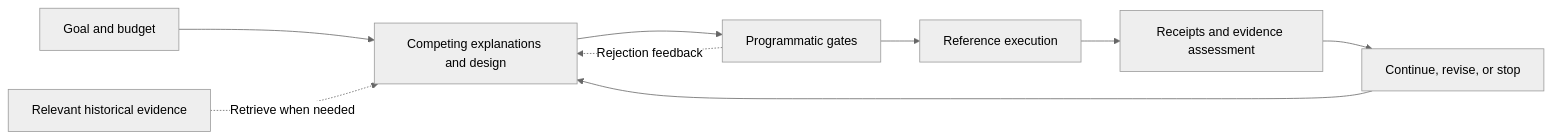
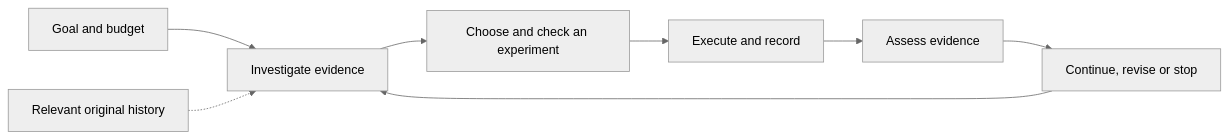
One commit to kongtou20070406/RDS changed the diagram in README.md. Above: the diagram before and after it, drawn with Mermaid (neutral theme). The commit also changed other lines of this file and 61 other files, not shown here.

````diff
--- a/README.md
+++ b/README.md
@@ -168,11 +131,10 @@
 ```mermaid
 flowchart LR
-    A[Goal and budget] --> B[Competing explanations and design]
-    H[Relevant historical evidence] -. Retrieve when needed .-> B
-    B --> C[Programmatic gates]
-    C --> D[Reference execution]
-    D --> E[Receipts and evidence assessment]
-    E --> F[Continue, revise, or stop]
+    A[Goal and budget] --> B[Investigate evidence]
+    B --> C[Choose and check an experiment]
+    C --> D[Execute and record]
+    D --> E[Assess evidence]
+    E --> F[Continue, revise or stop]
     F --> B
-    C -. Rejection feedback .-> B
+    H[Relevant original history] -.-> B
 ```
````
